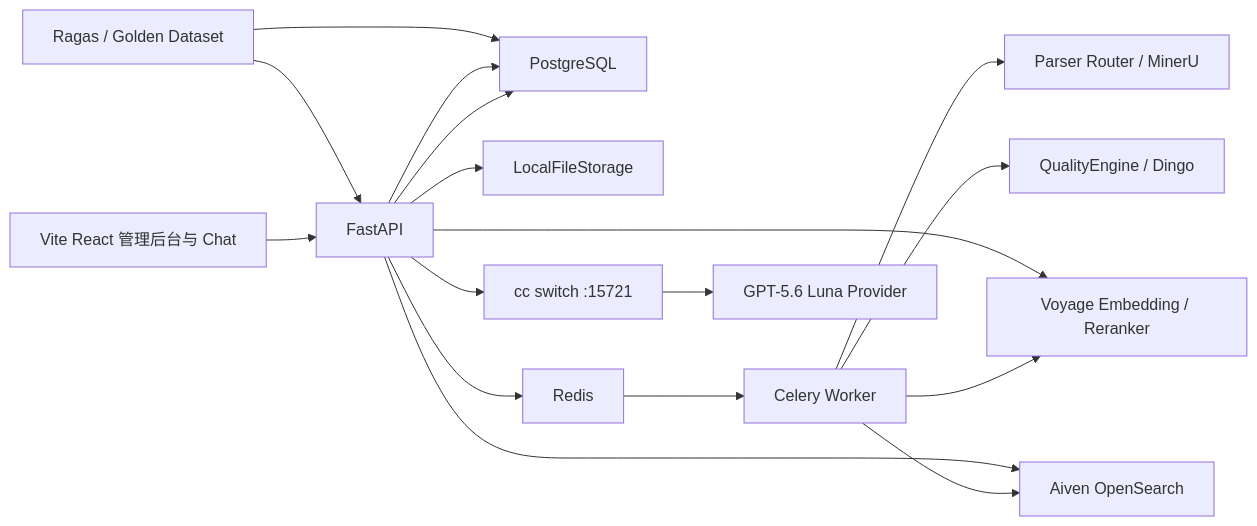
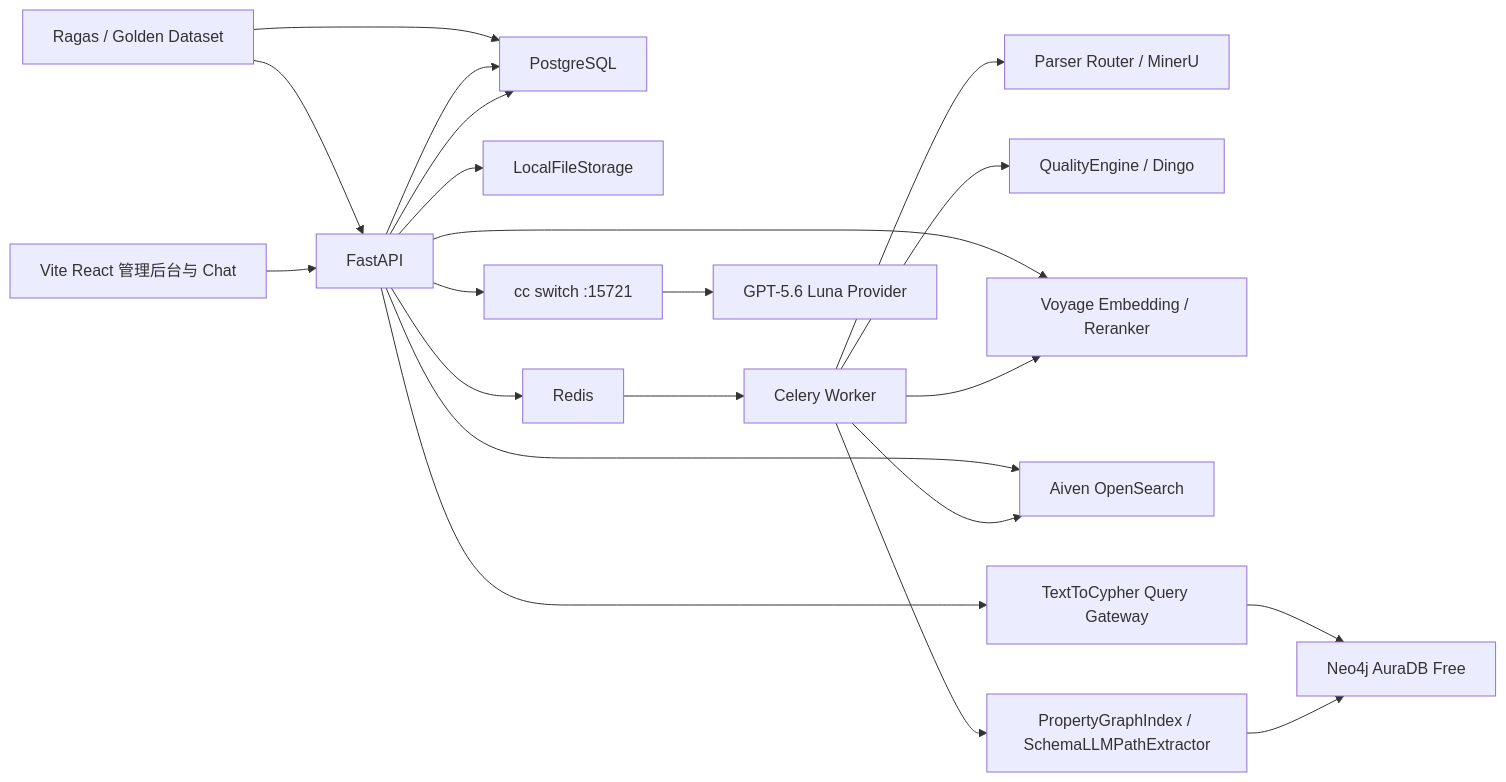
The first of 4 diagrams in docs/IMPLEMENTATION_PLAN.md (xuanheScript/robust-rag), drawn with Mermaid before and after one commit. The commit also changed other lines of this file and 113 other files, not shown here.

````diff
--- a/docs/IMPLEMENTATION_PLAN.md
+++ b/docs/IMPLEMENTATION_PLAN.md
@@ -113,19 +119,23 @@
 ```mermaid
 flowchart LR
     UI["Vite React 管理后台与 Chat"] --> API["FastAPI"]
     API --> PG["PostgreSQL"]
     API --> FS["LocalFileStorage"]
     API --> REDIS["Redis"]
     REDIS --> WORKER["Celery Worker"]
     WORKER --> PARSER["Parser Router / MinerU"]
     WORKER --> DINGO["QualityEngine / Dingo"]
     WORKER --> VOYAGE["Voyage Embedding / Reranker"]
     WORKER --> OS["Aiven OpenSearch"]
+    WORKER --> GRAPH["PropertyGraphIndex / SchemaLLMPathExtractor"]
+    GRAPH --> NEO4J["Neo4j AuraDB Free"]
     API --> OS
+    API --> CYPHER["TextToCypher Query Gateway"]
+    CYPHER --> NEO4J
     API --> VOYAGE
     API --> CCS["cc switch :15721"]
     CCS --> LLM["GPT-5.6 Luna Provider"]
     API --> PG
     EVAL["Ragas / Golden Dataset"] --> API
     EVAL --> PG
 ```
````
